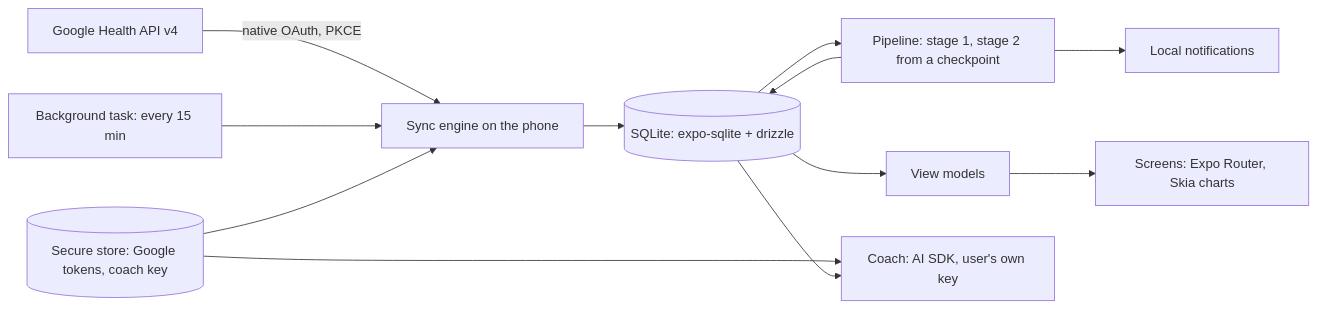
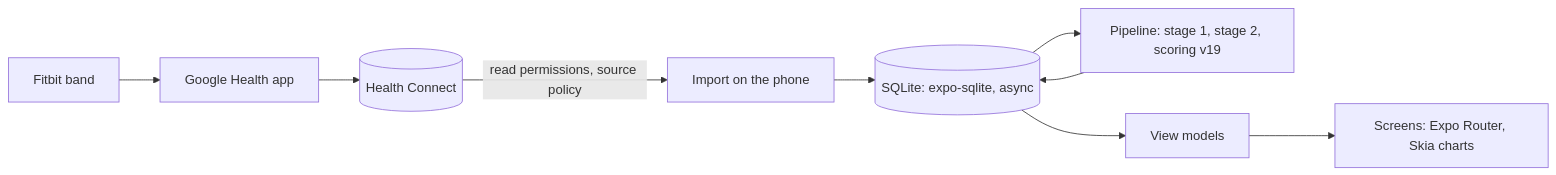
One commit to Gwadaboy75/pulse-mobile changed the diagram in README.md. Above: the diagram before and after it, drawn with Mermaid. The commit also changed other lines of this file and 7 other files, not shown here.

First line of the commit message:
docs: Health Connect only, Android only, halo as the engine reference

````diff
--- a/README.md
+++ b/README.md
@@ -7,14 +7,11 @@
 ```mermaid
 flowchart LR
-  G[Google Health API v4] -->|native OAuth, PKCE| S[Sync engine on the phone]
-  S --> DB[(SQLite: expo-sqlite + drizzle)]
-  DB --> P[Pipeline: stage 1, stage 2 from a checkpoint]
+  F[Fitbit band] --> G[Google Health app]
+  G --> HC[(Health Connect)]
+  HC -->|read permissions, source policy| S[Import on the phone]
+  S --> DB[(SQLite: expo-sqlite, async)]
+  DB --> P[Pipeline: stage 1, stage 2, scoring v19]
   P --> DB
   DB --> Q[View models]
   Q --> UI[Screens: Expo Router, Skia charts]
-  B[Background task: every 15 min] --> S
-  P --> N[Local notifications]
-  K[(Secure store: Google tokens, coach key)] --> S
-  K --> C[Coach: AI SDK, user's own key]
-  DB --> C
 ```
````
